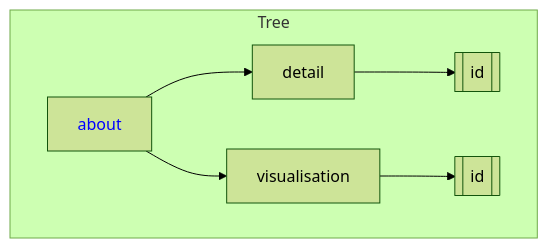
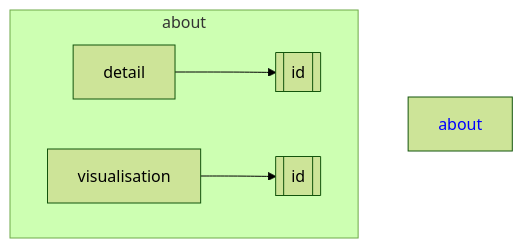
The diagram in draft-delete.md (Khosiyat/Algorithms), drawn with Mermaid (forest theme) before and after one commit.

````diff
--- a/draft-delete.md
+++ b/draft-delete.md
@@ -1,15 +1,14 @@
 ```mermaid
 graph TD
     A["<span style='color:blue'>about</span>"] 
     B[detail]
     C[[id]]
     D[visualisation]
     E[[id]]
 
-    subgraph Tree
-        A --> B
+    subgraph about
         B --> C
-        A --> D
         D --> E
     end
+
 ```
````
